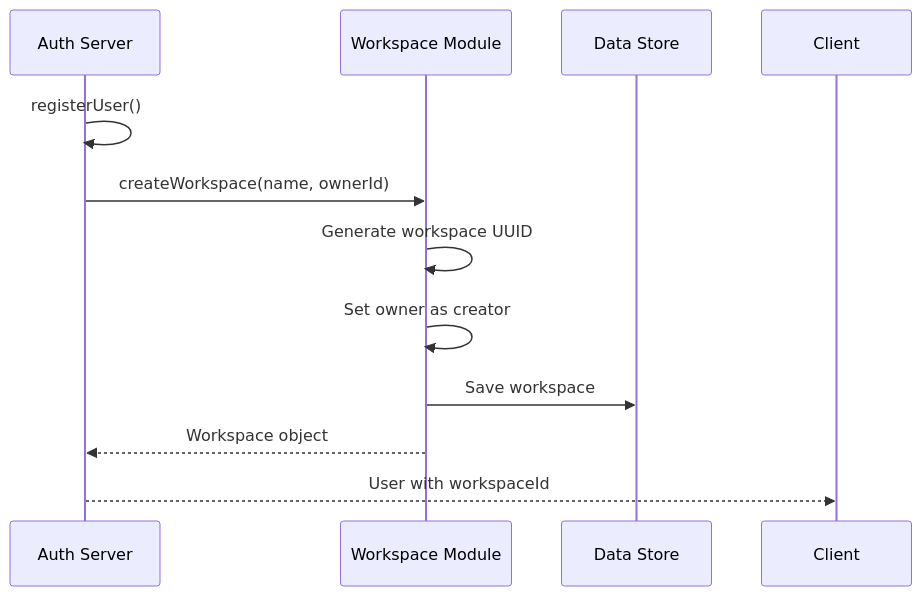
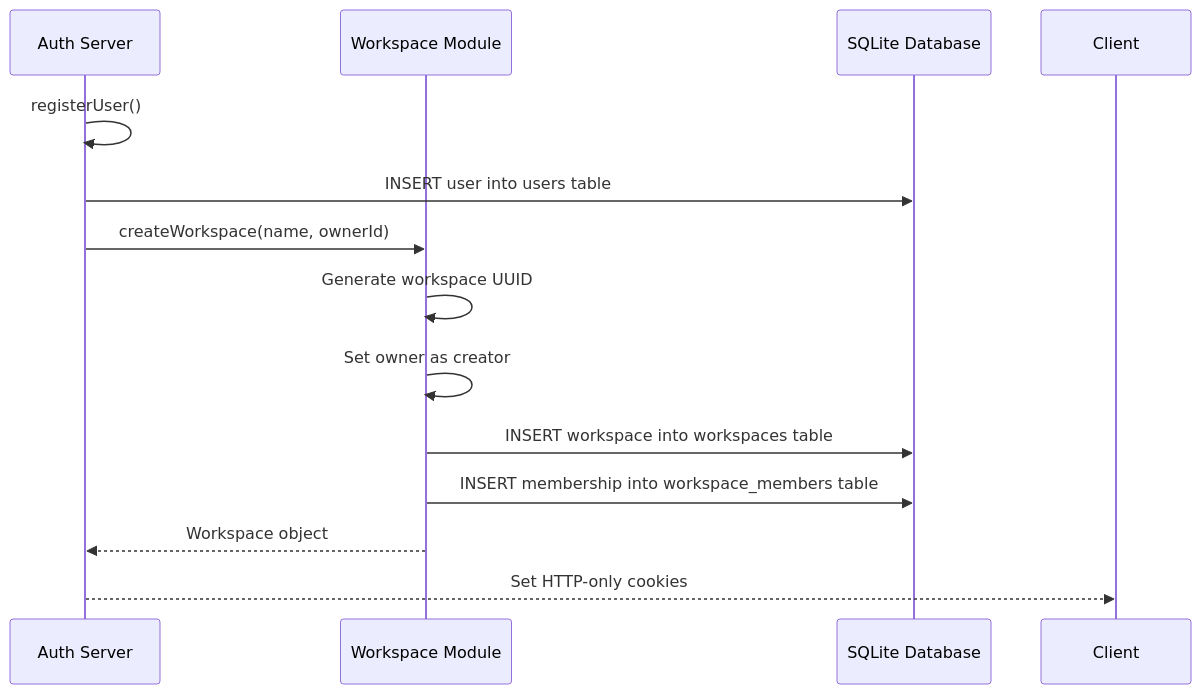
Before and after one commit to RunTimeAdmin/tri-ai: the tenth of 10 diagrams in .qoder/repowiki/en/content/Frontend Application/Authentication System.md, drawn with Mermaid. The commit also changed other lines of this file and 40 other files, not shown here.

````diff
--- a/.qoder/repowiki/en/content/Frontend Application/Authentication System.md
+++ b/.qoder/repowiki/en/content/Frontend Application/Authentication System.md
@@ -413,13 +446,15 @@
 ```mermaid
 sequenceDiagram
 participant Server as Auth Server
 participant WS as Workspace Module
-participant Data as Data Store
+participant DB as SQLite Database
 Server->>Server : registerUser()
+Server->>DB : INSERT user into users table
 Server->>WS : createWorkspace(name, ownerId)
 WS->>WS : Generate workspace UUID
 WS->>WS : Set owner as creator
-WS->>Data : Save workspace
+WS->>DB : INSERT workspace into workspaces table
+WS->>DB : INSERT membership into workspace_members table
 WS-->>Server : Workspace object
-Server-->>Client : User with workspaceId
+Server-->>Client : Set HTTP-only cookies
 ```
````
